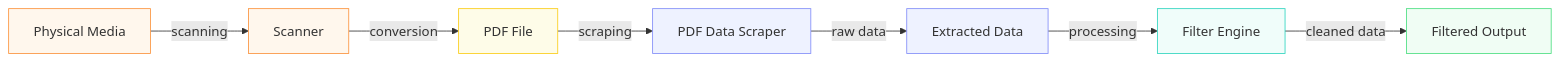
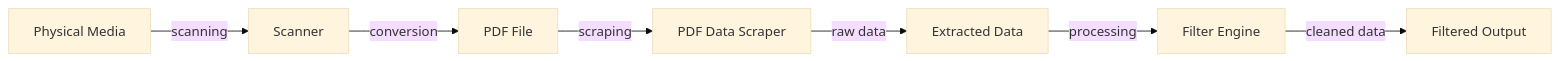
The diagram in docs/design/data-flow.md (CPSC490-Team-Proj/CPSC490-G07-MightyMorphin), drawn with Mermaid before and after one commit. The commit also changed 1 other file, not shown here.

Commit message:
just updated color theme

````diff
--- a/docs/design/data-flow.md
+++ b/docs/design/data-flow.md
@@ -6,23 +6,21 @@
 ```mermaid
+---
+config:
+  theme: base
+---
 flowchart LR
-  physicalMedia[Physical Media]:::orange
-  scanner[Scanner]:::orange
-  pdfFile[PDF File]:::yellow
-  pdfExtractor[PDF Data Scraper]:::indigo
-  extractedData[Extracted Data]:::indigo
-  filterEngine[Filter Engine]:::teal
-  outputData[Filtered Output]:::green
+    physicalMedia["Physical Media"] -- scanning --> scanner["Scanner"]
+    scanner -- conversion --> pdfFile["PDF File"]
+    pdfFile -- scraping --> pdfExtractor["PDF Data Scraper"]
+    pdfExtractor -- raw data --> extractedData["Extracted Data"]
+    extractedData -- processing --> filterEngine["Filter Engine"]
+    filterEngine -- cleaned data --> outputData["Filtered Output"]
 
-  physicalMedia -->|scanning| scanner
-  scanner -->|conversion| pdfFile
-  pdfFile -->|scraping| pdfExtractor
-  pdfExtractor -->|raw data| extractedData
-  extractedData -->|processing| filterEngine
-  filterEngine -->|cleaned data| outputData
-
-  classDef orange stroke:#fb923c,fill:#fff7ed
-  classDef yellow stroke:#facc15,fill:#fefce8
-  classDef indigo stroke:#818cf8,fill:#eef2ff
-  classDef teal stroke:#2dd4bf,fill:#f0fdfa
-  classDef green stroke:#4ade80,fill:#f0fdf4
+     physicalMedia
+     scanner
+     pdfFile
+     pdfExtractor
+     extractedData
+     filterEngine
+     outputData
 ```
````
